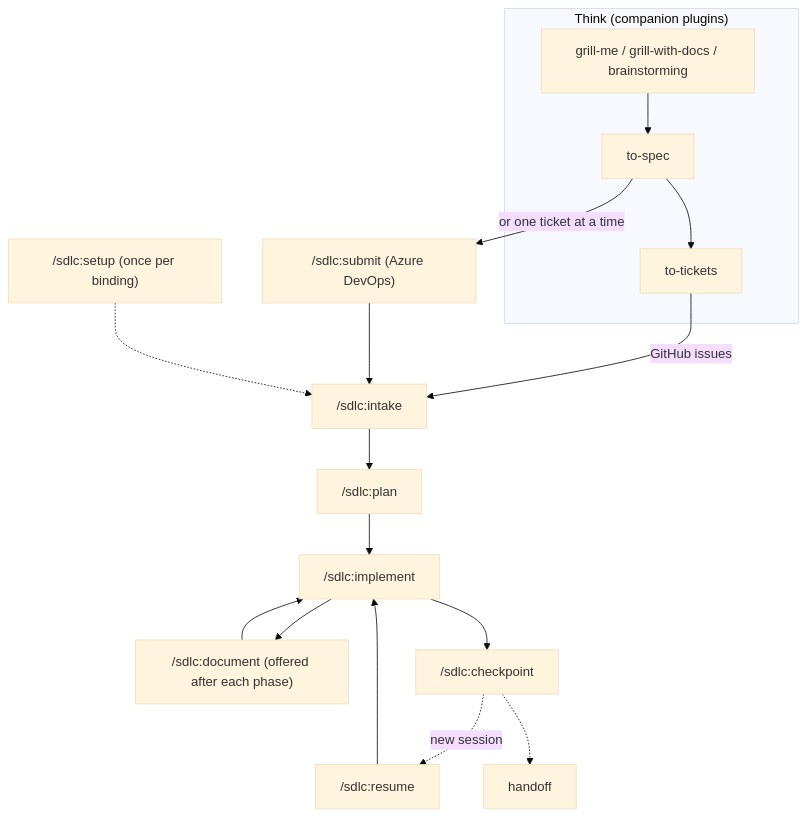
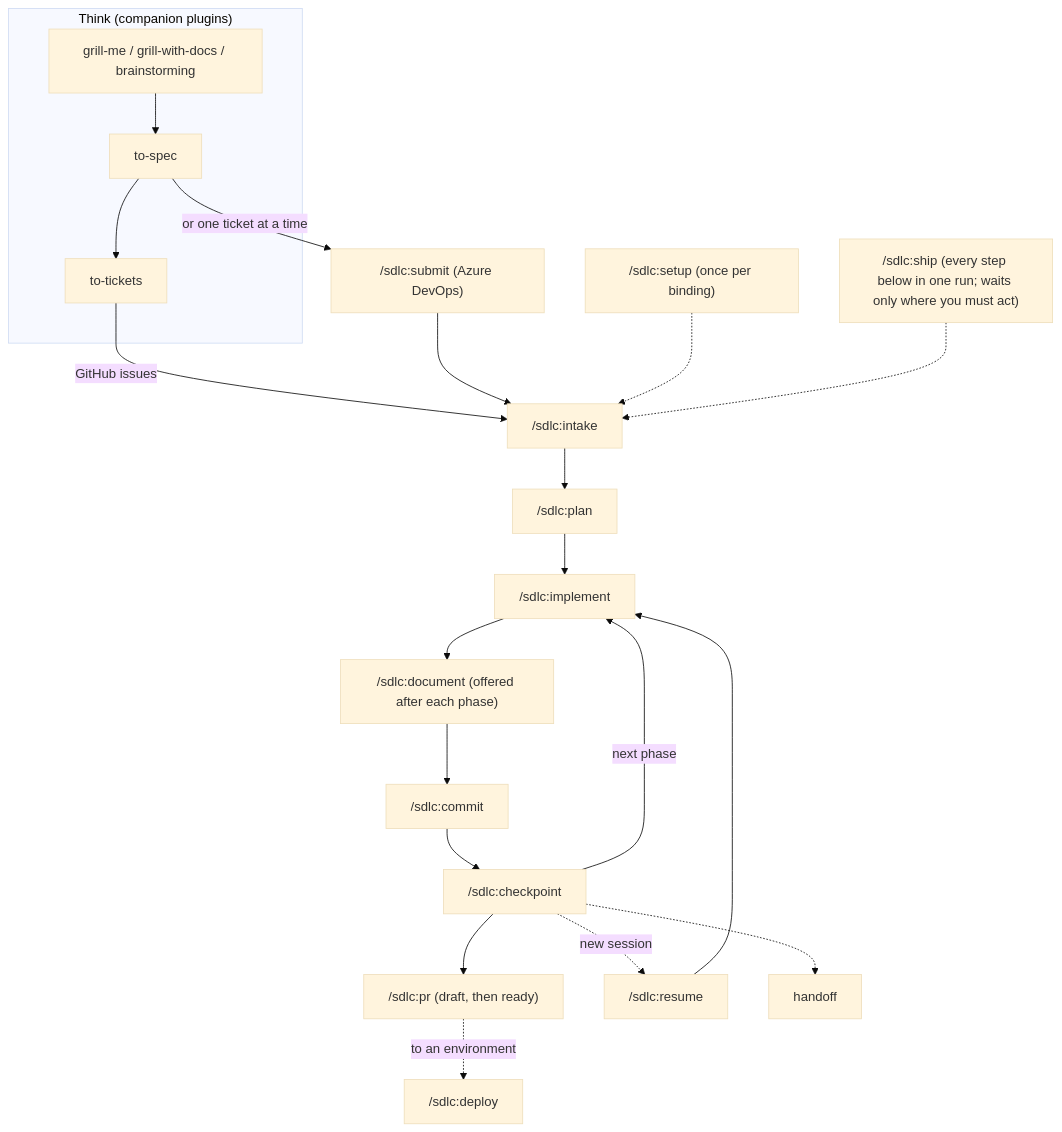
One commit to AlexCR97/.claude changed the diagram in sdlc/README.md. Above: the diagram before and after it, drawn with Mermaid (base theme). The commit also changed other lines of this file and 35 other files, not shown here.

First line of the commit message:
feat(sdlc): deliver the work: commit, pr, deploy and ship (#67)

````diff
--- a/sdlc/README.md
+++ b/sdlc/README.md
@@ -24,19 +28,23 @@
 ```mermaid
 flowchart TD
     subgraph Plan["Think (companion plugins)"]
         G["grill-me / grill-with-docs / brainstorming"] --> S["to-spec"]
         S --> T["to-tickets"]
     end
     T -->|"GitHub issues"| I
     S -->|"or one ticket at a time"| SUB["/sdlc:submit (Azure DevOps)"]
     SUB --> I
     SETUP["/sdlc:setup (once per binding)"] -.-> I
+    SHIP["/sdlc:ship (every step below in one run; waits only where you must act)"] -.-> I
     I["/sdlc:intake"] --> P["/sdlc:plan"]
     P --> M["/sdlc:implement"]
     M --> D["/sdlc:document (offered after each phase)"]
-    D --> M
-    M --> C["/sdlc:checkpoint"]
+    D --> CM["/sdlc:commit"]
+    CM --> C["/sdlc:checkpoint"]
+    C -->|"next phase"| M
+    C --> PR["/sdlc:pr (draft, then ready)"]
+    PR -.->|"to an environment"| DEP["/sdlc:deploy"]
     C -.->|"new session"| R["/sdlc:resume"]
     R --> M
     C -.-> H["handoff"]
 ```
````
